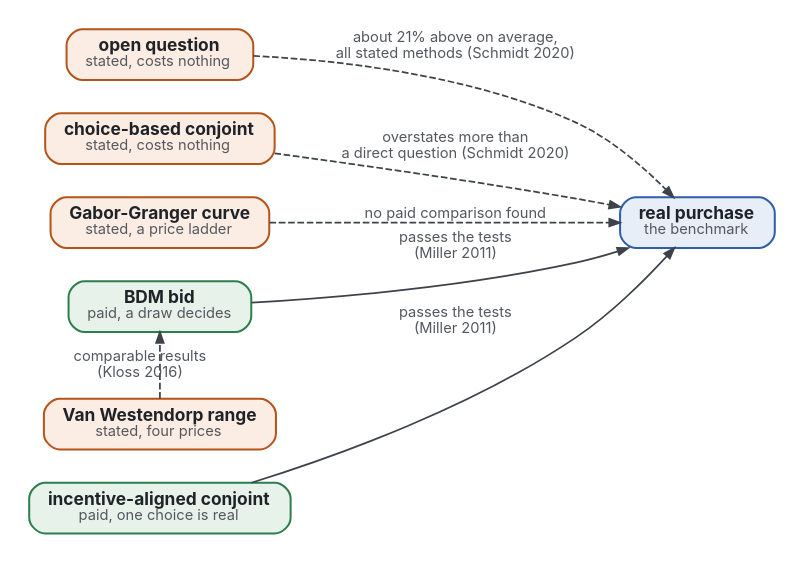
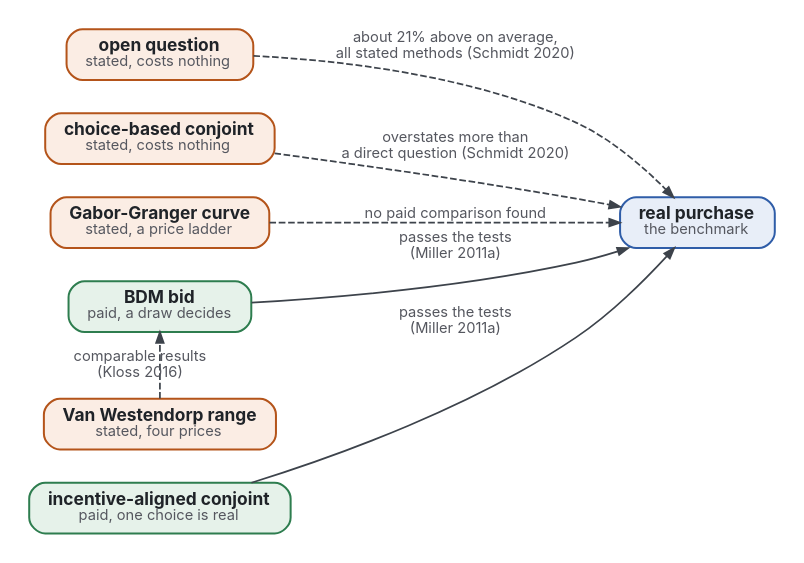
The diagram in evidence/willingness-to-pay/review-measures.dot (Tewf/business-pricing), drawn with Graphviz before and after one commit. The commit also changed 10 other files, not shown here.

```diff
--- a/evidence/willingness-to-pay/review-measures.dot
+++ b/evidence/willingness-to-pay/review-measures.dot
@@ -1,19 +1,19 @@
 // The measures of willingness to pay set against a real purchase. Orange: a stated answer. Green: a paid answer. Blue: the benchmark.
 digraph measures {
   graph [rankdir=LR, nodesep=0.35, ranksep=0.9, bgcolor="white", pad=0.2, fontname="Inter"];
   node  [shape=box, style="rounded,filled", fontname="Inter", fontsize=13, margin="0.2,0.1", penwidth=1.5, fontcolor="#1F2328"];
   edge  [fontname="Inter", fontsize=11, color="#3D434B", fontcolor="#55575F", penwidth=1.3, arrowsize=0.8];
   OE [label=<<b>open question</b><br/><font point-size="11" color="#55575F">stated, costs nothing</font>>, fillcolor="#FBEDE4", color="#B4541A"];
   CBC [label=<<b>choice-based conjoint</b><br/><font point-size="11" color="#55575F">stated, costs nothing</font>>, fillcolor="#FBEDE4", color="#B4541A"];
   VW [label=<<b>Van Westendorp range</b><br/><font point-size="11" color="#55575F">stated, four prices</font>>, fillcolor="#FBEDE4", color="#B4541A"];
   GG [label=<<b>Gabor-Granger curve</b><br/><font point-size="11" color="#55575F">stated, a price ladder</font>>, fillcolor="#FBEDE4", color="#B4541A"];
   BDM [label=<<b>BDM bid</b><br/><font point-size="11" color="#55575F">paid, a draw decides</font>>, fillcolor="#E6F2EA", color="#2E7D4F"];
   ICBC [label=<<b>incentive-aligned conjoint</b><br/><font point-size="11" color="#55575F">paid, one choice is real</font>>, fillcolor="#E6F2EA", color="#2E7D4F"];
   REAL [label=<<b>real purchase</b><br/><font point-size="11" color="#55575F">the benchmark</font>>, fillcolor="#E8EEF8", color="#2F5DA8"];
   OE -> REAL [label=" about 21% above on average,\nall stated methods (Schmidt 2020)", style=dashed];
   CBC -> REAL [label=" overstates more than\na direct question (Schmidt 2020)", style=dashed];
   VW -> BDM [label=" comparable results\n(Kloss 2016)", style=dashed, constraint=false];
   GG -> REAL [label=" no paid comparison found", style=dashed];
-  BDM -> REAL [label=" passes the tests\n(Miller 2011)"];
-  ICBC -> REAL [label=" passes the tests\n(Miller 2011)"];
+  BDM -> REAL [label=" passes the tests\n(Miller 2011a)"];
+  ICBC -> REAL [label=" passes the tests\n(Miller 2011a)"];
 }
```
